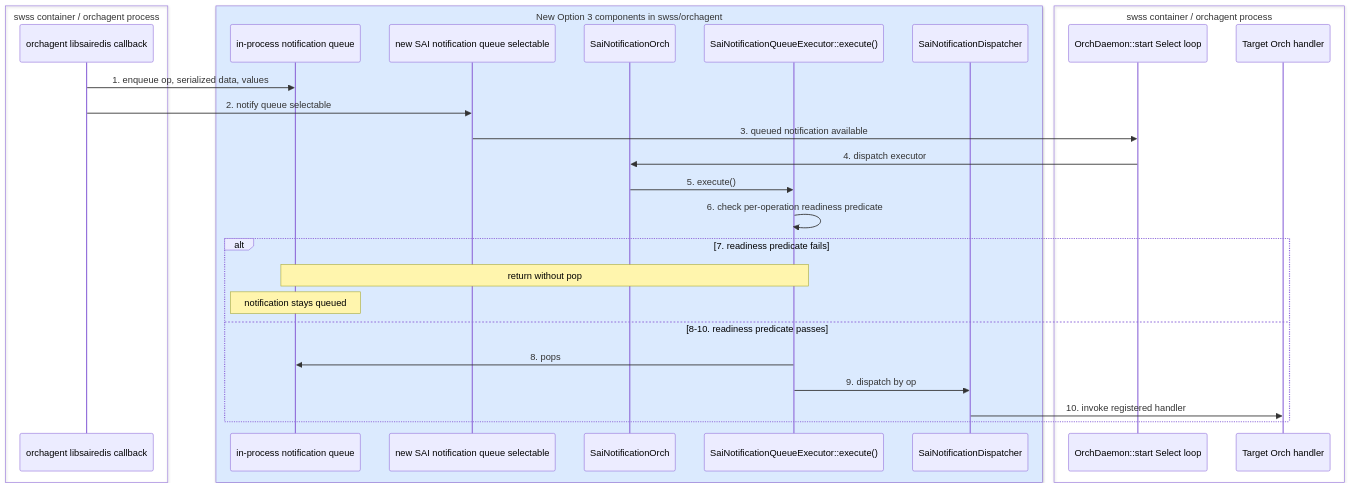
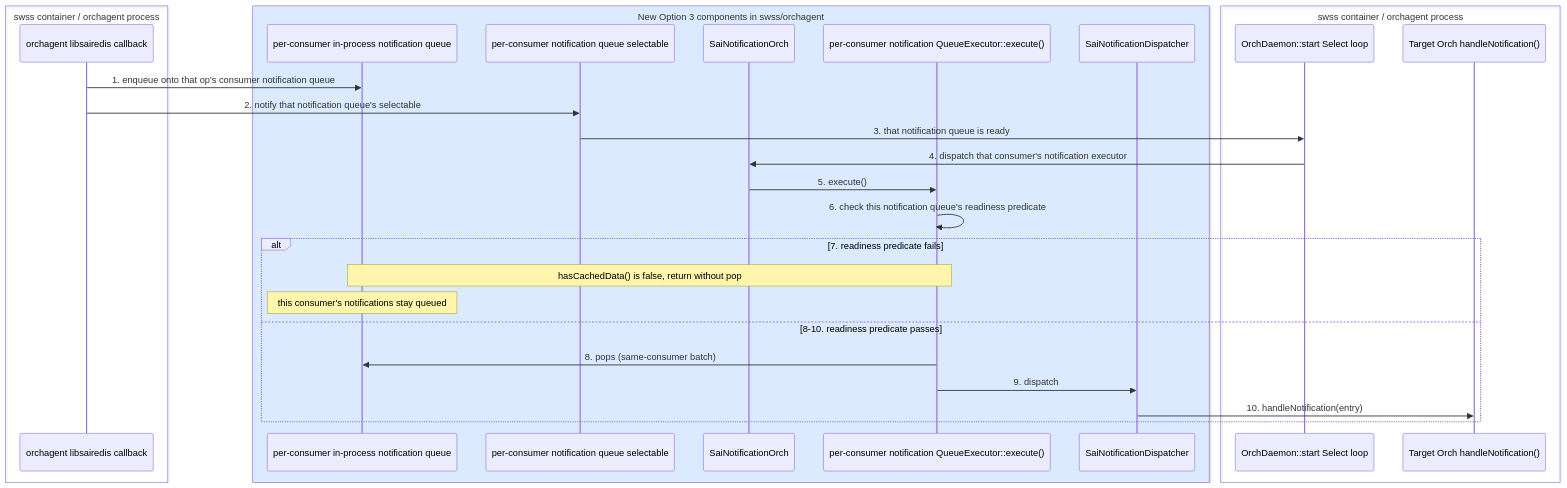
One commit to sonic-net/sonic-buildimage changed the seventh of 10 diagrams in hld/zmq-southbound-sai-notification-handling.md. Above: the diagram before and after it, drawn with Mermaid. The commit also changed other lines of this file, not shown here.

Commit message:
Align Option 3 HLD with per-consumer notification queue design Document per-consumer queues, LruDedup/FIFO policy, readiness on SaiNotificationQueue, Redis-parity hasCachedData(), and COUNTERS_DB telemetry so the HLD matches the implementation under review.

````diff
--- a/hld/zmq-southbound-sai-notification-handling.md
+++ b/hld/zmq-southbound-sai-notification-handling.md
@@ -479,34 +485,34 @@
 ```mermaid
 sequenceDiagram
     box swss container / orchagent process
         participant Callback as orchagent libsairedis callback
     end
 
     box rgb(219, 234, 254) New Option 3 components in swss/orchagent
-        participant Queue as in-process notification queue
-        participant Wakeup as new SAI notification queue selectable
+        participant Queue as per-consumer in-process notification queue
+        participant Wakeup as per-consumer notification queue selectable
         participant SaiNotificationOrch as SaiNotificationOrch
-        participant Executor as SaiNotificationQueueExecutor::execute()
+        participant Executor as per-consumer notification QueueExecutor::execute()
         participant Dispatcher as SaiNotificationDispatcher
     end
 
     box swss container / orchagent process
         participant MainLoop as OrchDaemon::start Select loop
-        participant Orch as Target Orch handler
+        participant Orch as Target Orch handleNotification()
     end
 
-    Callback->>Queue: 1. enqueue op, serialized data, values
-    Callback->>Wakeup: 2. notify queue selectable
-    Wakeup->>MainLoop: 3. queued notification available
-    MainLoop->>SaiNotificationOrch: 4. dispatch executor
+    Callback->>Queue: 1. enqueue onto that op's consumer notification queue
+    Callback->>Wakeup: 2. notify that notification queue's selectable
+    Wakeup->>MainLoop: 3. that notification queue is ready
+    MainLoop->>SaiNotificationOrch: 4. dispatch that consumer's notification executor
     SaiNotificationOrch->>Executor: 5. execute()
-    Executor->>Executor: 6. check per-operation readiness predicate
+    Executor->>Executor: 6. check this notification queue's readiness predicate
     alt 7. readiness predicate fails
-        Note over Executor,Queue: return without pop
-        Note over Queue: notification stays queued
+        Note over Executor,Queue: hasCachedData() is false, return without pop
+        Note over Queue: this consumer's notifications stay queued
     else 8-10. readiness predicate passes
-        Executor->>Queue: 8. pops
-        Executor->>Dispatcher: 9. dispatch by op
-        Dispatcher->>Orch: 10. invoke registered handler
+        Executor->>Queue: 8. pops (same-consumer batch)
+        Executor->>Dispatcher: 9. dispatch
+        Dispatcher->>Orch: 10. handleNotification(entry)
     end
 ```
````
